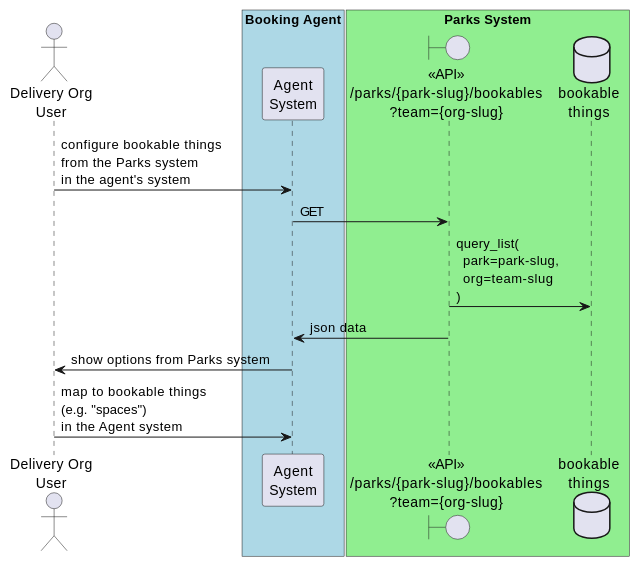
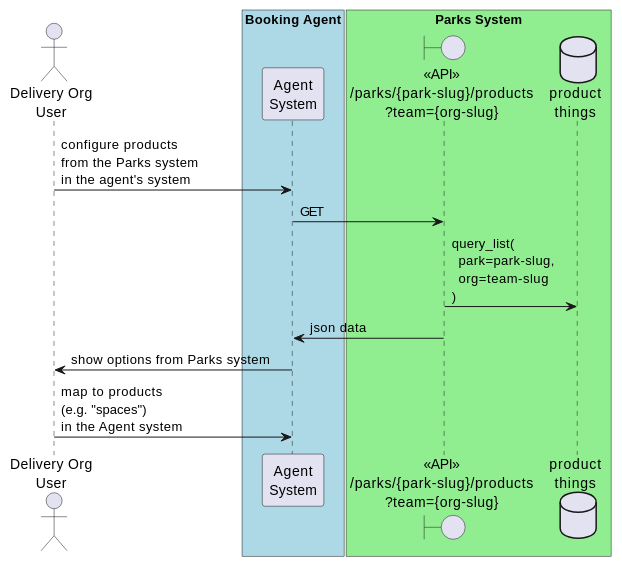
The first of 2 diagrams in api.rst (koriaf/parks-bce-integration-bookable-things), drawn with PlantUML before and after one commit. The commit also changed other lines of this file, not shown here.

First line of the commit message:
doc(api): describe datetime changes (#9)

```diff
--- a/api.rst
+++ b/api.rst
@@ -81,17 +81,17 @@
 .. uml::
 
    actor "Delivery Org\nUser" as parks_staff
    box "Booking Agent" #lightblue
       participant "Agent\nSystem" as BCE
    end box
-   parks_staff -> BCE: configure bookable things\nfrom the Parks system\nin the agent's system
+   parks_staff -> BCE: configure products\nfrom the Parks system\nin the agent's system
    box "Parks System" #lightgreen
-      boundary "<<API>>\n/parks/{park-slug}/bookables\n?team={org-slug}" as get_list_bookables
-      database "bookable\nthings" as bookable_things
+      boundary "<<API>>\n/parks/{park-slug}/products\n?team={org-slug}" as get_list_products
+      database "product\nthings" as product_things
    end box
-   BCE -> get_list_bookables: GET
-   get_list_bookables -> bookable_things: query_list(\n  park=park-slug,\n  org=team-slug\n)
+   BCE -> get_list_products: GET
+   get_list_products -> product_things: query_list(\n  park=park-slug,\n  org=team-slug\n)
 
-   get_list_bookables -> BCE: json data
+   get_list_products -> BCE: json data
    BCE -> parks_staff: show options from Parks system
-   parks_staff -> BCE: map to bookable things\n(e.g. "spaces")\nin the Agent system
+   parks_staff -> BCE: map to products\n(e.g. "spaces")\nin the Agent system
```
